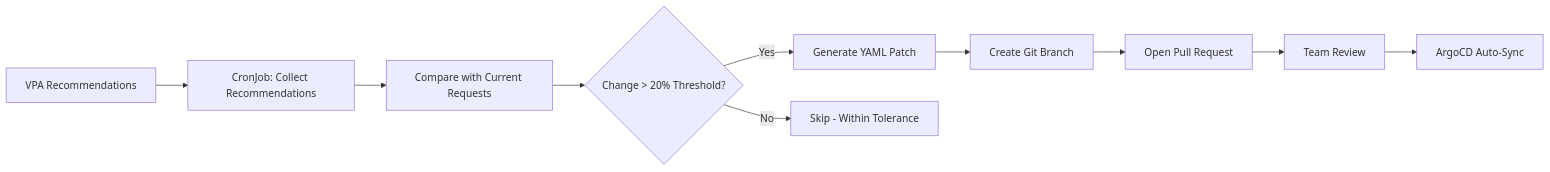
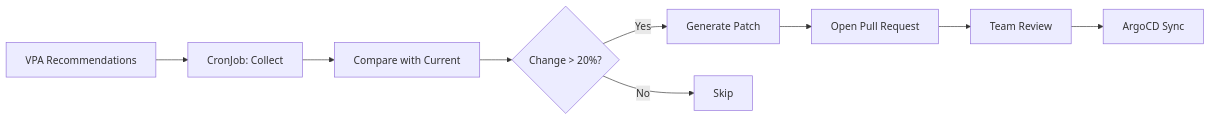
One commit to Atom-oh/kubernetes-docs changed the third of 3 diagrams in en/ops/13-finops-cost-platform.md. Above: the diagram before and after it, drawn with Mermaid. The commit also changed other lines of this file and 8 other files, not shown here.

````diff
--- a/en/ops/13-finops-cost-platform.md
+++ b/en/ops/13-finops-cost-platform.md
@@ -2663,12 +1245,11 @@
 ```mermaid
 graph LR
-    A[VPA Recommendations] --> B[CronJob: Collect Recommendations]
-    B --> C[Compare with Current Requests]
-    C --> D{Change > 20% Threshold?}
-    D -->|Yes| E[Generate YAML Patch]
-    E --> F[Create Git Branch]
-    F --> G[Open Pull Request]
-    G --> H[Team Review]
-    H --> I[ArgoCD Auto-Sync]
-    D -->|No| J[Skip - Within Tolerance]
+    A[VPA Recommendations] --> B[CronJob: Collect]
+    B --> C[Compare with Current]
+    C --> D{Change > 20%?}
+    D -->|Yes| E[Generate Patch]
+    E --> F[Open Pull Request]
+    F --> G[Team Review]
+    G --> H[ArgoCD Sync]
+    D -->|No| I[Skip]
 ```
````
